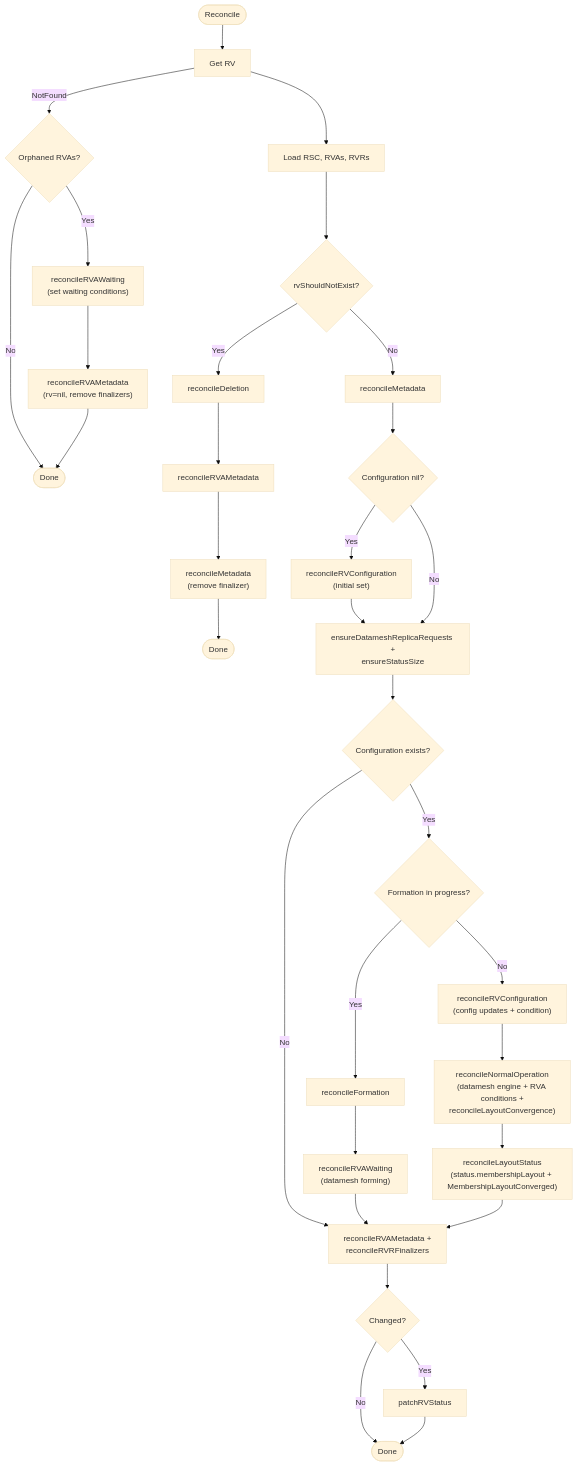
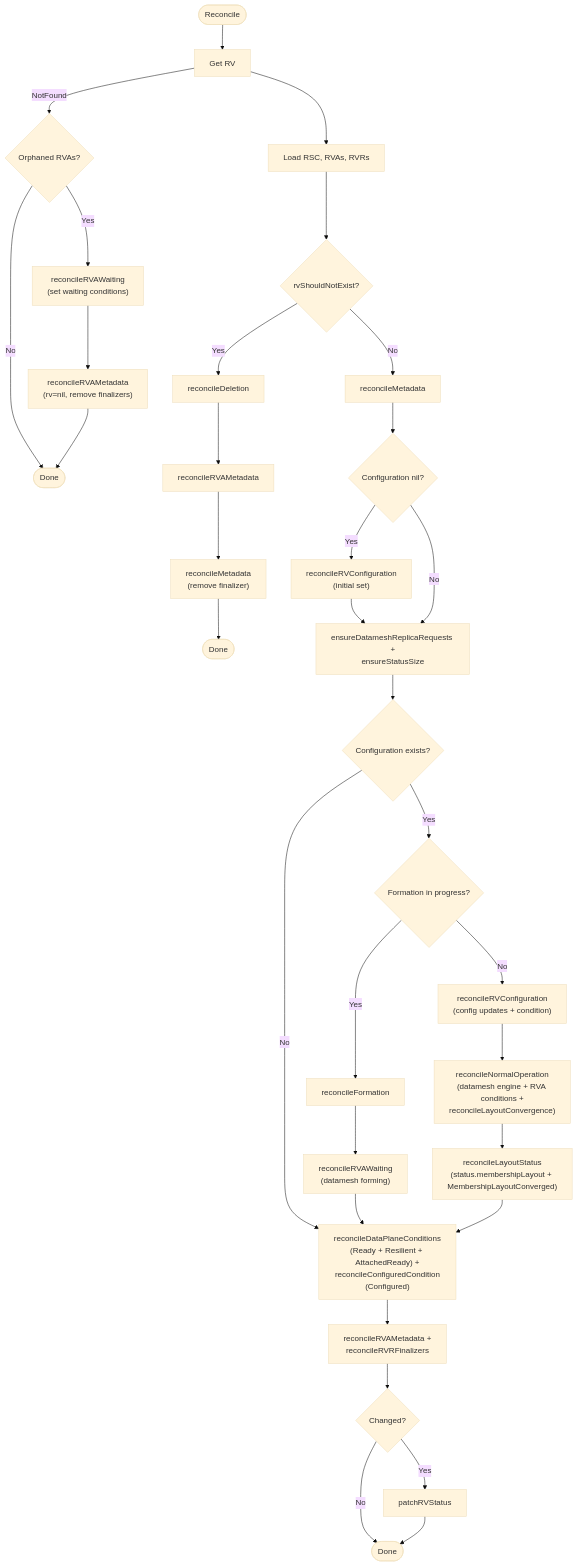
One commit to deckhouse/sds-replicated-volume changed the first of 12 diagrams in images/controller/internal/controllers/rv_controller/README.md. Above: the diagram before and after it, drawn with Mermaid (base theme). The commit also changed other lines of this file and 6 other files, not shown here.

First line of the commit message:
Merge branch 'worktree-rv-configured-condition' into 'main'

````diff
--- a/images/controller/internal/controllers/rv_controller/README.md
+++ b/images/controller/internal/controllers/rv_controller/README.md
@@ -171,40 +174,43 @@
 ```mermaid
 flowchart TD
     Start([Reconcile]) --> GetRV[Get RV]
     GetRV -->|NotFound| CheckOrphanedRVAs{Orphaned RVAs?}
     CheckOrphanedRVAs -->|No| Done1([Done])
     CheckOrphanedRVAs -->|Yes| OrphanedWaiting["reconcileRVAWaiting<br/>(set waiting conditions)"]
     OrphanedWaiting --> OrphanedFinalizers["reconcileRVAMetadata<br/>(rv=nil, remove finalizers)"]
     OrphanedFinalizers --> Done1
     GetRV --> LoadDeps[Load RSC, RVAs, RVRs]
 
     LoadDeps --> CheckDelete{rvShouldNotExist?}
     CheckDelete -->|Yes| Deletion[reconcileDeletion]
     Deletion --> RVAFinDel[reconcileRVAMetadata]
     RVAFinDel --> MetaDel["reconcileMetadata<br/>(remove finalizer)"]
     MetaDel --> Done3([Done])
 
     CheckDelete -->|No| Meta[reconcileMetadata]
     Meta --> CheckConfigNil{Configuration nil?}
     CheckConfigNil -->|Yes| InitConfig["reconcileRVConfiguration<br/>(initial set)"]
     InitConfig --> EnsurePending
     CheckConfigNil -->|No| EnsurePending
     EnsurePending["ensureDatameshReplicaRequests +<br/>ensureStatusSize"]
     EnsurePending --> CheckConfig{Configuration exists?}
-    CheckConfig -->|No| Finalizers
+    CheckConfig -->|No| Conditions
 
     CheckConfig -->|Yes| CheckForming{Formation in progress?}
     CheckForming -->|Yes| Formation[reconcileFormation]
     Formation --> FormingRVAWaiting["reconcileRVAWaiting<br/>(datamesh forming)"]
-    FormingRVAWaiting --> Finalizers
+    FormingRVAWaiting --> Conditions
     CheckForming -->|No| UpdateConfig["reconcileRVConfiguration<br/>(config updates + condition)"]
     UpdateConfig --> NormalOp["reconcileNormalOperation<br/>(datamesh engine + RVA conditions +<br/>reconcileLayoutConvergence)"]
     NormalOp --> LayoutStatus["reconcileLayoutStatus<br/>(status.membershipLayout + MembershipLayoutConverged)"]
-    LayoutStatus --> Finalizers
+    LayoutStatus --> Conditions
+
+    Conditions["reconcileDataPlaneConditions<br/>(Ready + Resilient + AttachedReady) +<br/>reconcileConfiguredCondition<br/>(Configured)"]
+    Conditions --> Finalizers
 
     Finalizers["reconcileRVAMetadata +<br/>reconcileRVRFinalizers"]
     Finalizers --> PatchDecision{Changed?}
     PatchDecision -->|Yes| Patch[patchRVStatus]
     PatchDecision -->|No| EndNode([Done])
     Patch --> EndNode
 ```
````
